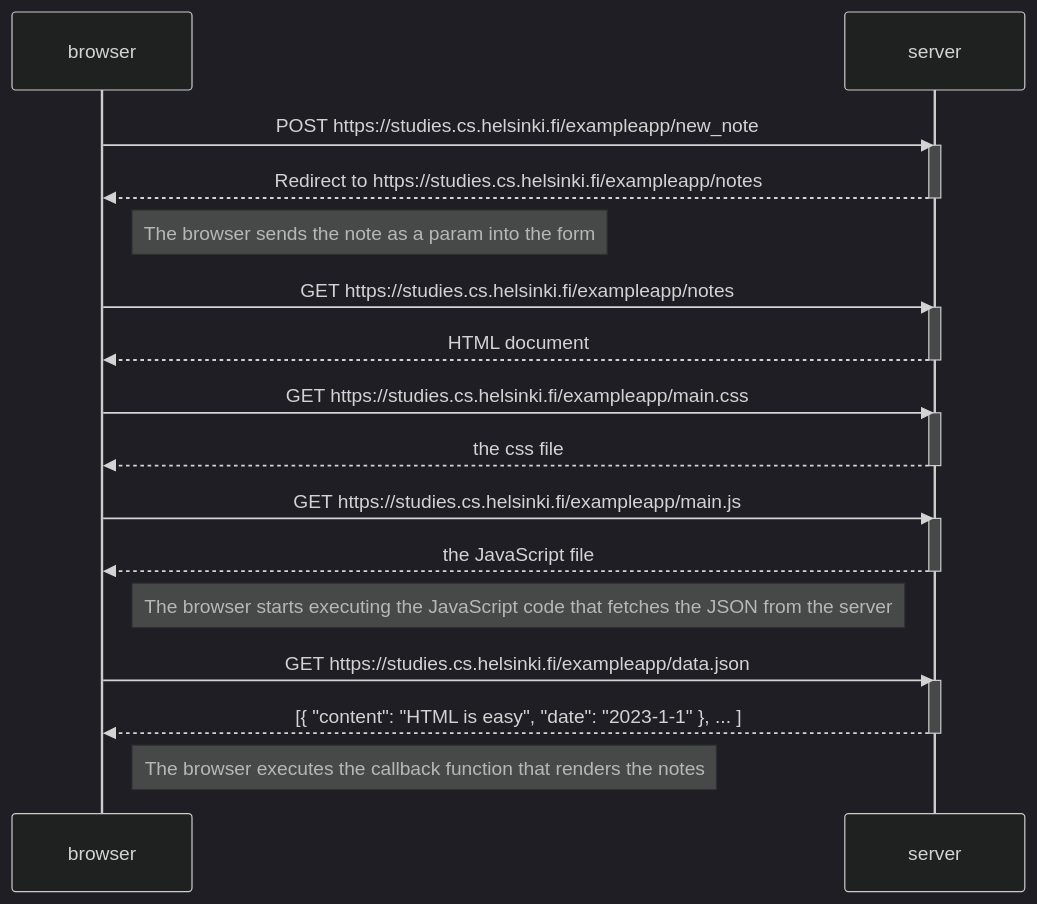
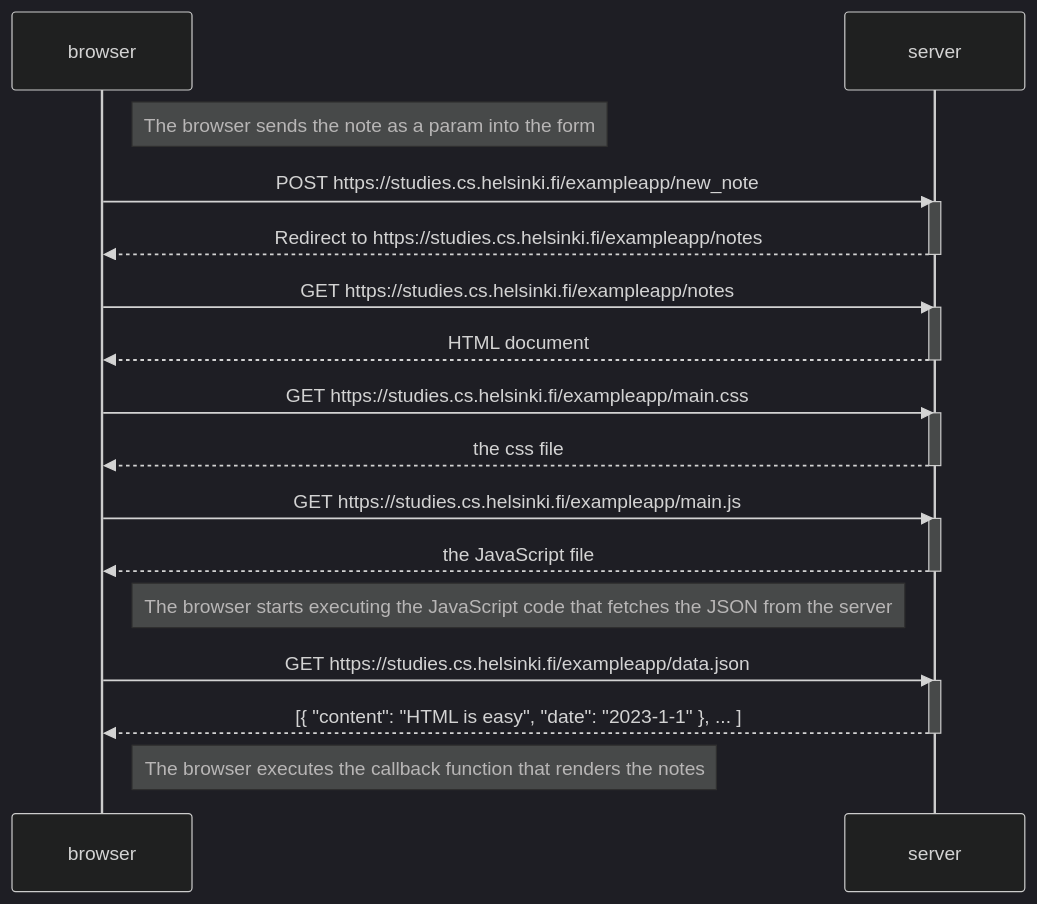
Before and after one commit to mqd-uy/fullstackopen: the diagram in 0.4.md, drawn with Mermaid (dark theme). The commit also changed other lines of this file, not shown here.

````diff
--- a/0.4.md
+++ b/0.4.md
@@ -1,36 +1,36 @@
 ```mermaid
 sequenceDiagram
     participant browser
     participant server
 
+    Note right of browser: The browser sends the note as a param into the form
+
     browser->>server: POST https://studies.cs.helsinki.fi/exampleapp/new_note
     activate server
     server-->>browser: Redirect to https://studies.cs.helsinki.fi/exampleapp/notes
     deactivate server
-
-    Note right of browser: The browser sends the note as a param into the form
 
     browser->>server: GET https://studies.cs.helsinki.fi/exampleapp/notes
     activate server
     server-->>browser: HTML document
     deactivate server
 
     browser->>server: GET https://studies.cs.helsinki.fi/exampleapp/main.css
     activate server
     server-->>browser: the css file
     deactivate server
 
     browser->>server: GET https://studies.cs.helsinki.fi/exampleapp/main.js
     activate server
     server-->>browser: the JavaScript file
     deactivate server
 
     Note right of browser: The browser starts executing the JavaScript code that fetches the JSON from the server
 
     browser->>server: GET https://studies.cs.helsinki.fi/exampleapp/data.json
     activate server
     server-->>browser: [{ "content": "HTML is easy", "date": "2023-1-1" }, ... ]
     deactivate server
 
     Note right of browser: The browser executes the callback function that renders the notes
 ```
````
